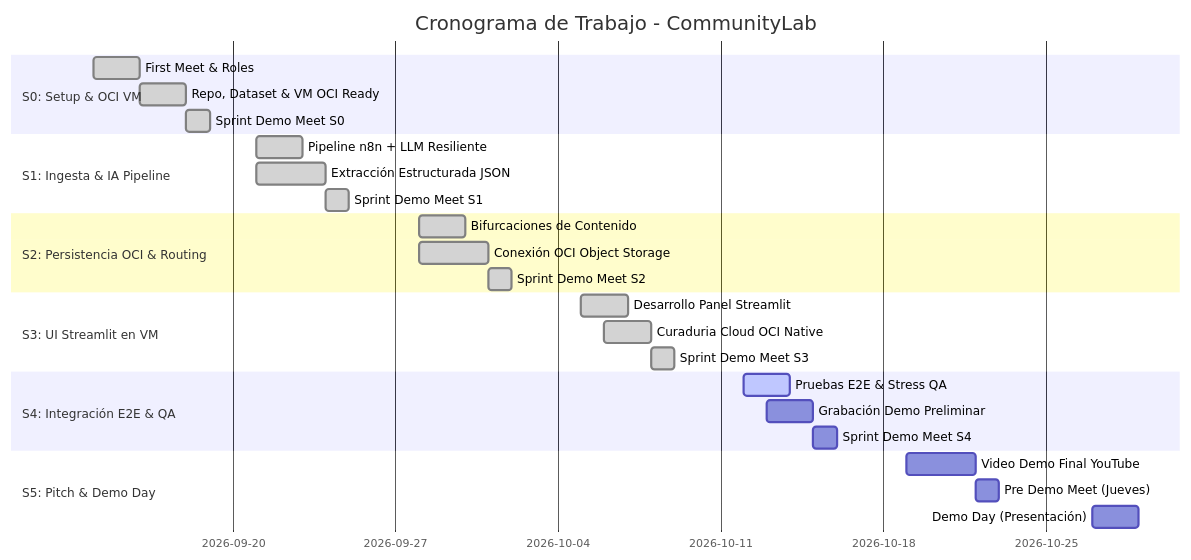
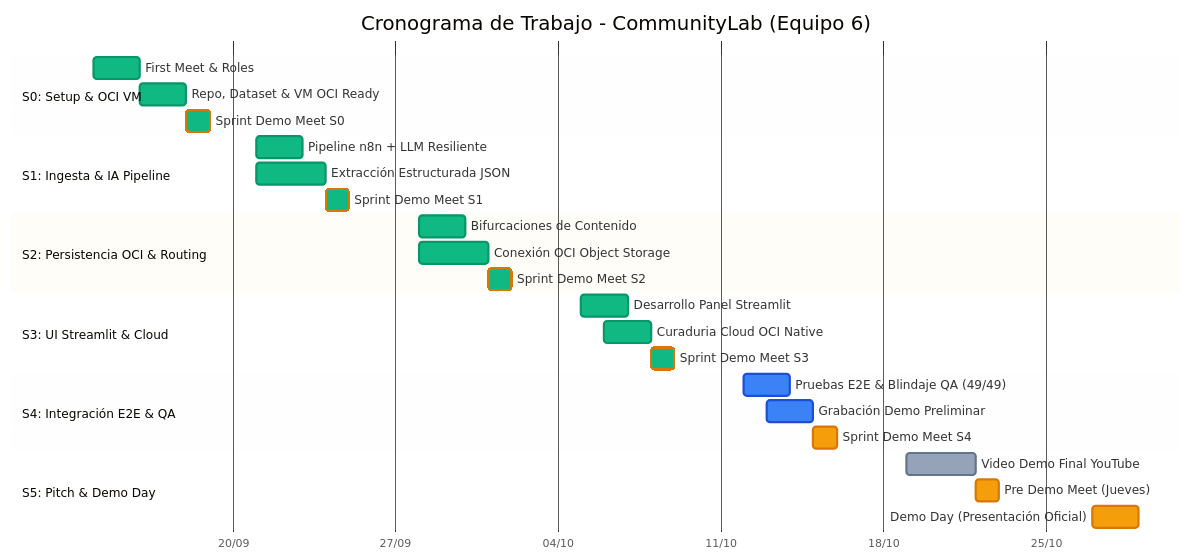
Before and after one commit to No-Country-simulation/G10-LATAM-equipo6-CommunityLab: the diagram in PM_Files/ROADMAP.md, drawn with Mermaid. The commit also changed other lines of this file, not shown here.

Commit message:
docs(roadmap): personalizar colores en diagrama Gantt de Mermaid para diferenciar estados de tareas

````diff
--- a/PM_Files/ROADMAP.md
+++ b/PM_Files/ROADMAP.md
@@ -49,29 +49,50 @@
 ```mermaid
+%%{init: {
+  'theme': 'base',
+  'themeVariables': {
+    'doneTaskBkgColor': '#10B981',
+    'doneTaskBorderColor': '#059669',
+    'activeTaskBkgColor': '#3B82F6',
+    'activeTaskBorderColor': '#1D4ED8',
+    'taskBkgColor': '#94A3B8',
+    'taskBorderColor': '#64748B',
+    'critBkgColor': '#F59E0B',
+    'critBorderColor': '#D97706',
+    'todayLineColor': '#EF4444'
+  }
+}}%%
 gantt
-    title Cronograma de Trabajo - CommunityLab
+    title Cronograma de Trabajo - CommunityLab (Equipo 6)
     dateFormat  YYYY-MM-DD
+    axisFormat  %d/%m
+    
     section S0: Setup & OCI VM
-    First Meet & Roles           :done, 2026-09-14, 2026-09-16
-    Repo, Dataset & VM OCI Ready :done, 2026-09-16, 2026-09-18
-    Sprint Demo Meet S0          :done, 2026-09-18, 2026-09-19
+    First Meet & Roles                :done, s0_1, 2026-09-14, 2026-09-16
+    Repo, Dataset & VM OCI Ready      :done, s0_2, 2026-09-16, 2026-09-18
+    Sprint Demo Meet S0               :crit, done, s0_3, 2026-09-18, 2026-09-19
+    
     section S1: Ingesta & IA Pipeline
-    Pipeline n8n + LLM Resiliente:done, 2026-09-21, 2026-09-23
-    Extracción Estructurada JSON :done, 2026-09-21, 2026-09-24
-    Sprint Demo Meet S1          :done, 2026-09-24, 2026-09-25
+    Pipeline n8n + LLM Resiliente     :done, s1_1, 2026-09-21, 2026-09-23
+    Extracción Estructurada JSON      :done, s1_2, 2026-09-21, 2026-09-24
+    Sprint Demo Meet S1               :crit, done, s1_3, 2026-09-24, 2026-09-25
+    
     section S2: Persistencia OCI & Routing
-    Bifurcaciones de Contenido   :done, 2026-09-28, 2026-09-30
-    Conexión OCI Object Storage  :done, 2026-09-28, 2026-10-01
-    Sprint Demo Meet S2          :done, 2026-10-01, 2026-10-02
-    section S3: UI Streamlit en VM
-    Desarrollo Panel Streamlit   :done, 2026-10-05, 2026-10-07
-    Curaduria Cloud OCI Native   :done, 2026-10-06, 2026-10-08
-    Sprint Demo Meet S3          :done, 2026-10-08, 2026-10-09
+    Bifurcaciones de Contenido        :done, s2_1, 2026-09-28, 2026-09-30
+    Conexión OCI Object Storage       :done, s2_2, 2026-09-28, 2026-10-01
+    Sprint Demo Meet S2               :crit, done, s2_3, 2026-10-01, 2026-10-02
+    
+    section S3: UI Streamlit & Cloud
+    Desarrollo Panel Streamlit        :done, s3_1, 2026-10-05, 2026-10-07
+    Curaduria Cloud OCI Native        :done, s3_2, 2026-10-06, 2026-10-08
+    Sprint Demo Meet S3               :crit, done, s3_3, 2026-10-08, 2026-10-09
+    
     section S4: Integración E2E & QA
-    Pruebas E2E & Stress QA      :active, 2026-10-12, 2026-10-14
-    Grabación Demo Preliminar    :2026-10-13, 2026-10-15
-    Sprint Demo Meet S4          :2026-10-15, 2026-10-16
+    Pruebas E2E & Blindaje QA (49/49) :active, s4_1, 2026-10-12, 2026-10-14
+    Grabación Demo Preliminar         :active, s4_2, 2026-10-13, 2026-10-15
+    Sprint Demo Meet S4               :crit, s4_3, 2026-10-15, 2026-10-16
+    
     section S5: Pitch & Demo Day
-    Video Demo Final YouTube     :2026-10-19, 2026-10-22
-    Pre Demo Meet (Jueves)       :2026-10-22, 2026-10-23
-    Demo Day (Presentación)      :2026-10-27, 2026-10-29
+    Video Demo Final YouTube          :s5_1, 2026-10-19, 2026-10-22
+    Pre Demo Meet (Jueves)            :crit, s5_2, 2026-10-22, 2026-10-23
+    Demo Day (Presentación Oficial)   :crit, s5_3, 2026-10-27, 2026-10-29
 ```
````
